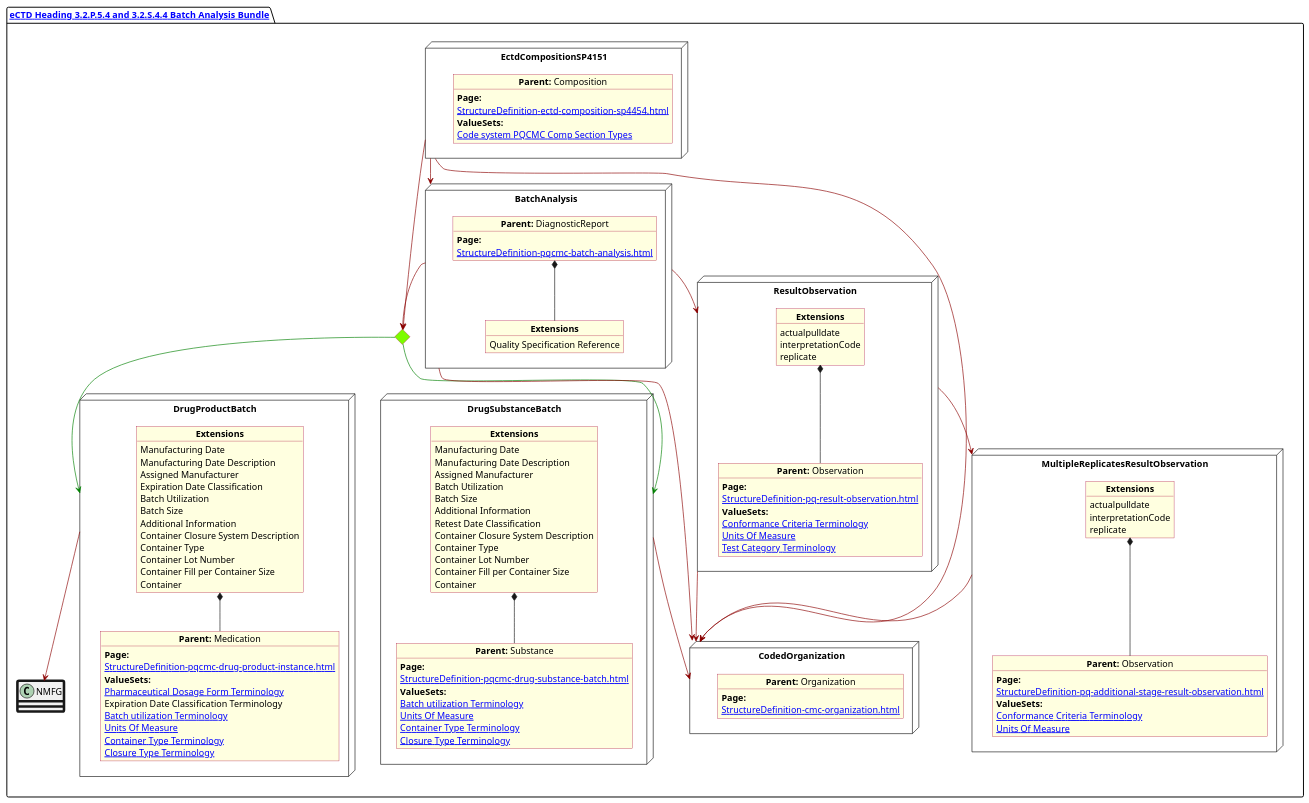
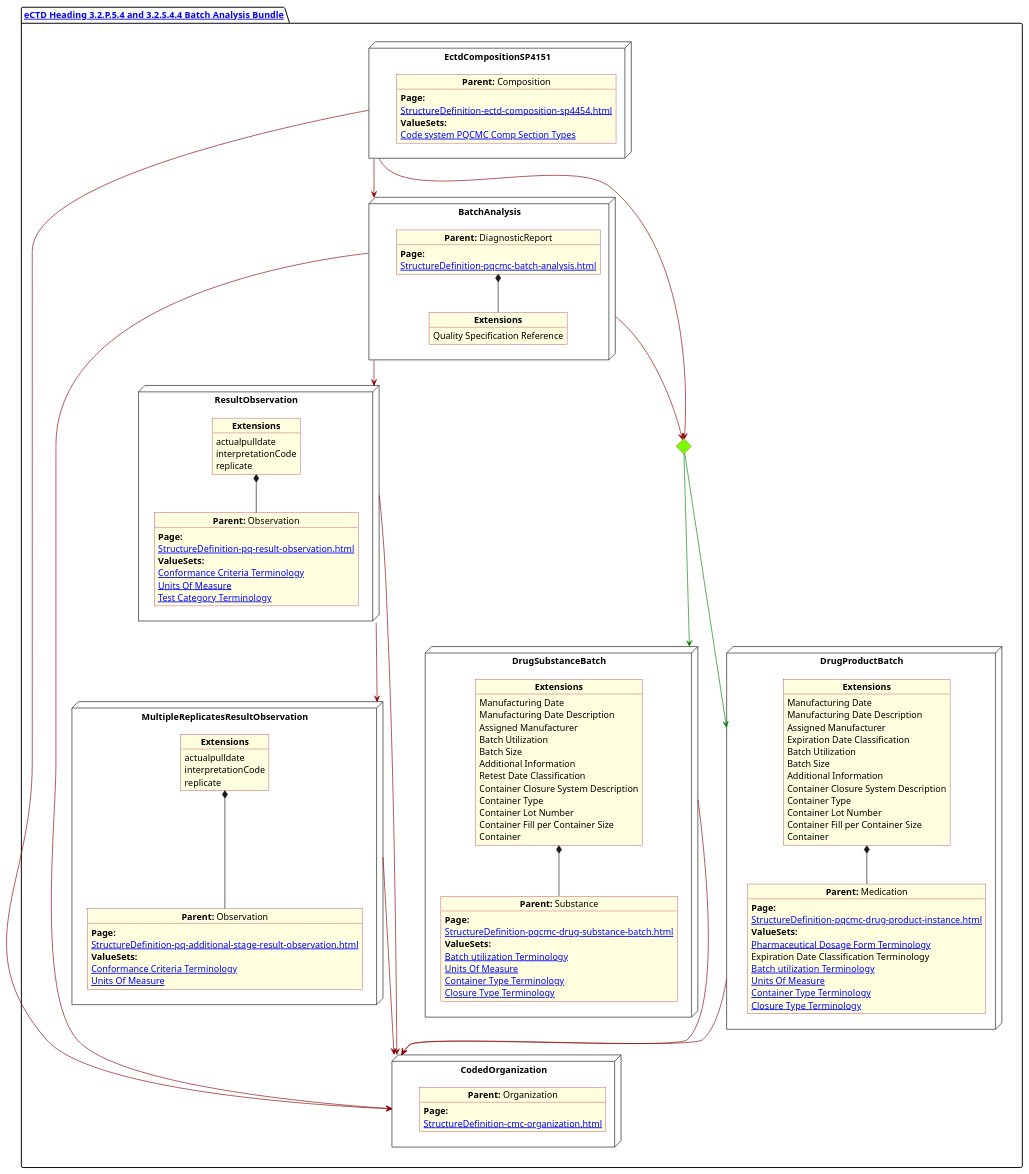
The diagram in input/images-source/BatchAnalysis.plantuml (HL7/FHIR-us-pq-cmc-fda), drawn with PlantUML before and after one commit. The commit also changed 13 other files, not shown here.

```diff
--- a/input/images-source/BatchAnalysis.plantuml
+++ b/input/images-source/BatchAnalysis.plantuml
@@ -1,160 +1,160 @@
 @startuml BatchAnalysis
 allowmixing
 'Mixed model of use case and object
 skinparam svgDimensionStyle true
 skinparam ObjectBackgroundColor LightYellow
 skinparam ObjectBorderColor #A80036
 skinparam activityDiamondBorderColor #A80036
 skinparam activityDiamondBackgroundColor lawnGreen
 skinparam ClassBorderThickness 4
 
 package "[[StructureDefinition-cmc-ectd-document-sp4454.html eCTD Heading 3.2.P.5.4 and 3.2.S.4.4 Batch Analysis Bundle]]" as NODES {
 
 
 
 
   node "DrugProductBatch" as NN {
 
     object "**Parent:** Medication" as obj3 {
       **Page:**
       [[StructureDefinition-pqcmc-drug-product-instance.html]]
       **ValueSets:**
       [[ValueSet-spl-pharmaceutical-dosage-form-terminology.html Pharmaceutical Dosage Form Terminology]]
       Expiration Date Classification Terminology
       [[ValueSet-pqcmc-batch-utilization-terminology.html Batch utilization Terminology]]
       [[ValueSet-pqcmc-units-of-measure.html Units Of Measure]]
       [[ValueSet-pqcmc-container-type-terminology.html Container Type Terminology]]
       [[ValueSet-pqcmc-closure-type-terminology.html Closure Type Terminology]]
 
     }
 
     object "**Extensions**" as objExsBatch  {
       Manufacturing Date
       Manufacturing Date Description
       Assigned Manufacturer
       Expiration Date Classification
       Batch Utilization
       Batch Size
       Additional Information
       Container Closure System Description
       Container Type
       Container Lot Number
       Container Fill per Container Size
       Container
     }
     objExsBatch *-- obj3
   }
   node "BatchAnalysis" as N2 {
 
 
     object "**Parent:** DiagnosticReport" as obj2 {
       **Page:**
       [[StructureDefinition-pqcmc-batch-analysis.html]]
     }
     object "**Extensions**" as objQSEx {
       Quality Specification Reference
 
     }
     obj2 *-- objQSEx
   }
 
 
   node "DrugSubstanceBatch" as NNS {
 
     object "**Parent:** Substance" as obj4 {
       **Page:**
       [[StructureDefinition-pqcmc-drug-substance-batch.html]]
       **ValueSets:**
       [[ValueSet-pqcmc-batch-utilization-terminology.html Batch utilization Terminology]]
       [[ValueSet-pqcmc-units-of-measure.html Units Of Measure]]
       [[ValueSet-pqcmc-container-type-terminology.html Container Type Terminology]]
       [[ValueSet-pqcmc-closure-type-terminology.html Closure Type Terminology]]
     }
     object "**Extensions**" as objExs2 {
       Manufacturing Date
       Manufacturing Date Description
       Assigned Manufacturer
       Batch Utilization
       Batch Size
       Additional Information
       Retest Date Classification
       Container Closure System Description
       Container Type
       Container Lot Number
       Container Fill per Container Size
       Container
     }
 
     objExs2 *-- obj4
   }
 
   node "ResultObservation" as NNOBS {
 
     object "**Parent:** Observation" as observ3 {
       **Page:**
       [[StructureDefinition-pq-result-observation.html]]
       **ValueSets:**
       [[ValueSet-pqcmc-conformance-to-criteria-terminology.html Conformance Criteria Terminology]]
       [[ValueSet-pqcmc-units-of-measure.html Units Of Measure]]
       [[ValueSet-pqcmc-test-category-terminology.html Test Category Terminology]]
     }
     object "**Extensions**" as objExsObserv  {
       actualpulldate
       interpretationCode
       replicate
     }
     objExsObserv *-- observ3
   }
 
   node "MultipleReplicatesResultObservation" as NNstage {
 
     object "**Parent:** Observation" as observS {
       **Page:**
       [[StructureDefinition-pq-additional-stage-result-observation.html]]
       **ValueSets:**
       [[ValueSet-pqcmc-conformance-to-criteria-terminology.html Conformance Criteria Terminology]]
       [[ValueSet-pqcmc-units-of-measure.html Units Of Measure]]
     }
     object "**Extensions**" as objExsStageObs  {
       actualpulldate
       interpretationCode
       replicate
     }
 
     objExsStageObs *-- observS
   }
 
   node "EctdCompositionSP4151" as N1 {
 
     object "**Parent:** Composition" as obj1 {
       **Page:**
       [[StructureDefinition-ectd-composition-sp4454.html]]
       **ValueSets:**
       [[ValueSet-cmc-comp-section-types-vs.html Code system PQCMC Comp Section Types]]
     }
   }
   node "CodedOrganization" as NSO {
 
     object "**Parent:** Organization" as objAu {
       **Page:**
       [[StructureDefinition-cmc-organization.html]]
       
     }
   }
   diamond CH
 
-  N1 -[#darkred]-> CH
-  N1 -[#darkred]-> N2
-  N1 -[#darkred]-> NSO
-  CH -[#green]-> NNS
-  CH -[#green]-> NN
-  NNS -[#darkred]-> NSO
-  NN -[#darkred]-> NMFG
-  N2 -[#darkred]-> CH
-  N2 -[#darkred]-> NSO
+  N1 -[#darkred]--> CH
+  N1 -[#darkred]--> N2
+  N1 -[#darkred]--> NSO
+  CH -[#green]--> NNS
+  CH -[#green]--> NN
+  NNS -[#darkred]--> NSO
+  NN -[#darkred]--> NSO
+  N2 -[#darkred]--> CH
+  N2 -[#darkred]--> NSO
   N2 -[#darkred]-> NNOBS
-  NNOBS -[#darkred]-> NSO
-  NNOBS -[#darkred]-> NNstage
-  NNstage -[#darkred]-> NSO
+  NNOBS -[#darkred]--> NSO
+  NNOBS -[#darkred]--> NNstage
+  NNstage -[#darkred]--> NSO
 }
 @enduml
```
